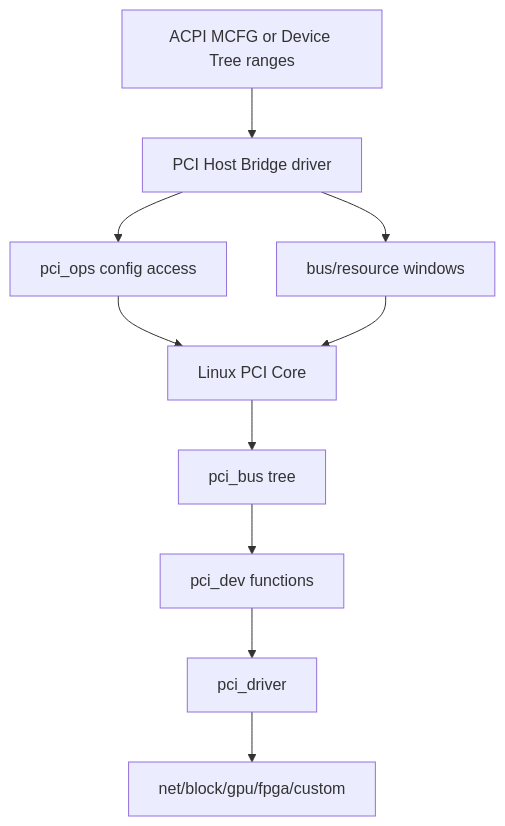
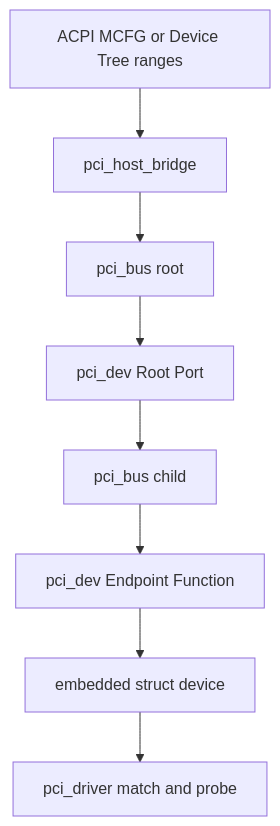
The first of 3 diagrams in docs/articles/pcie/pci-04-linux-pci-core-bus-dev-ops.md (cdragon-ljl/EEandEdgeAI), drawn with Mermaid before and after one commit. The commit also changed other lines of this file and 3 other files, not shown here.

Commit message:
docs: rebuild PCI Core learning path

````diff
--- a/docs/articles/pcie/pci-04-linux-pci-core-bus-dev-ops.md
+++ b/docs/articles/pcie/pci-04-linux-pci-core-bus-dev-ops.md
@@ -34,12 +21,10 @@
 ```mermaid
 flowchart TD
-    FW[ACPI MCFG or Device Tree ranges] --> HOST[PCI Host Bridge driver]
-    HOST --> OPS[pci_ops config access]
-    HOST --> WIN[bus/resource windows]
-    OPS --> CORE[Linux PCI Core]
-    WIN --> CORE
-    CORE --> BUS[pci_bus tree]
-    BUS --> DEV[pci_dev functions]
-    DEV --> DRV[pci_driver]
-    DRV --> SUBSYS[net/block/gpu/fpga/custom]
+    FW[ACPI MCFG or Device Tree ranges] --> HOST[pci_host_bridge]
+    HOST --> RB[pci_bus root]
+    RB --> RP[pci_dev Root Port]
+    RP --> CB[pci_bus child]
+    CB --> EP[pci_dev Endpoint Function]
+    EP --> DEV[embedded struct device]
+    DEV --> DRV[pci_driver match and probe]
 ```
````
